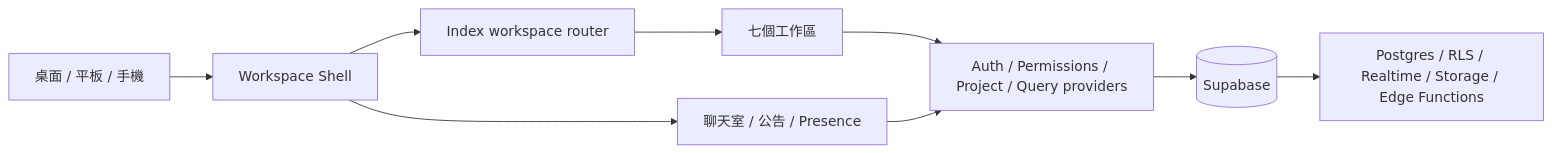
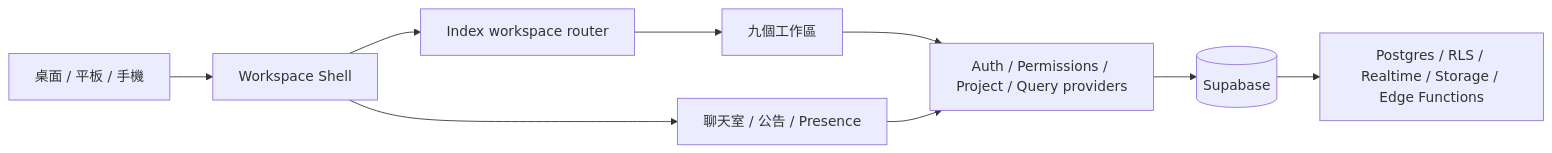
One commit to lovableteat/station-status-hub changed the diagram in README.md. Above: the diagram before and after it, drawn with Mermaid. The commit also changed other lines of this file and 92 other files, not shown here.

````diff
--- a/README.md
+++ b/README.md
@@ -25,11 +27,11 @@
 ```mermaid
 flowchart LR
   Browser[桌面 / 平板 / 手機] --> Shell[Workspace Shell]
   Shell --> Router[Index workspace router]
-  Router --> Workspaces[七個工作區]
+  Router --> Workspaces[九個工作區]
   Shell --> Collaboration[聊天室 / 公告 / Presence]
   Workspaces --> Providers[Auth / Permissions / Project / Query providers]
   Collaboration --> Providers
   Providers --> Supabase[(Supabase)]
   Supabase --> Services[Postgres / RLS / Realtime / Storage / Edge Functions]
 ```
````
